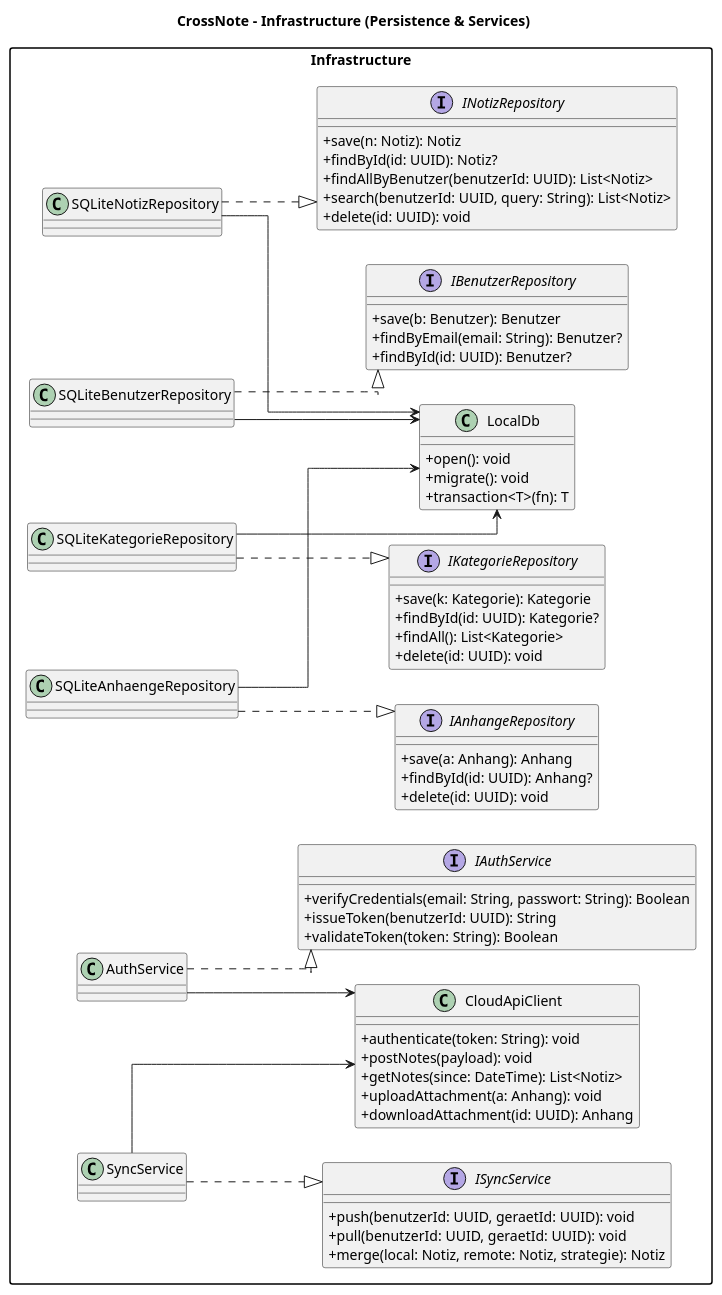
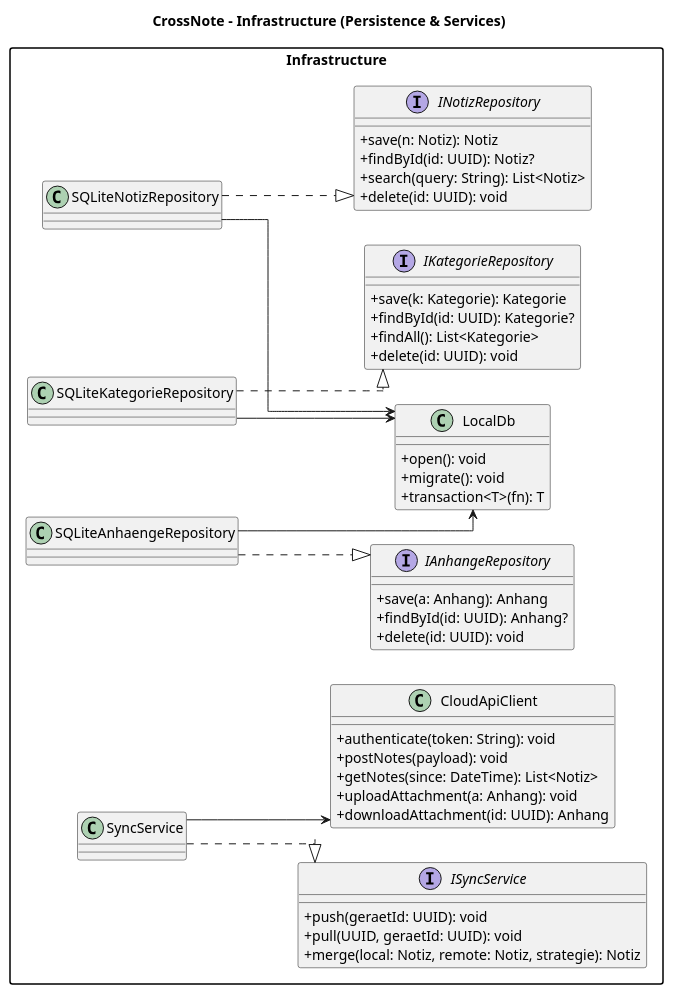
One commit to GamiXLP/CrossNote changed the diagram in documentation/codes/classdiagram_infrastructure.puml. Above: the diagram before and after it, drawn with PlantUML. The commit also changed 3 other files, not shown here.

Commit message:
FInal classdiagrams

```diff
--- a/documentation/codes/classdiagram_infrastructure.puml
+++ b/documentation/codes/classdiagram_infrastructure.puml
@@ -1,89 +1,69 @@
 @startuml
 title CrossNote – Infrastructure (Persistence & Services)
 left to right direction
 skinparam classAttributeIconSize 0
 skinparam shadowing false
 skinparam linetype ortho
 skinparam packageStyle rectangle
 
 package "Infrastructure" {
   interface INotizRepository {
     +save(n: Notiz): Notiz
     +findById(id: UUID): Notiz?
-    +findAllByBenutzer(benutzerId: UUID): List<Notiz>
-    +search(benutzerId: UUID, query: String): List<Notiz>
+    +search(query: String): List<Notiz>
     +delete(id: UUID): void
   }
 
   interface IKategorieRepository {
     +save(k: Kategorie): Kategorie
     +findById(id: UUID): Kategorie?
     +findAll(): List<Kategorie>
     +delete(id: UUID): void
   }
 
-  interface IBenutzerRepository {
-    +save(b: Benutzer): Benutzer
-    +findByEmail(email: String): Benutzer?
-    +findById(id: UUID): Benutzer?
-  }
-
   interface IAnhangeRepository {
     +save(a: Anhang): Anhang
     +findById(id: UUID): Anhang?
     +delete(id: UUID): void
   }
 
-  interface IAuthService {
-    +verifyCredentials(email: String, passwort: String): Boolean
-    +issueToken(benutzerId: UUID): String
-    +validateToken(token: String): Boolean
-  }
-
   interface ISyncService {
-    +push(benutzerId: UUID, geraetId: UUID): void
-    +pull(benutzerId: UUID, geraetId: UUID): void
+    +push(geraetId: UUID): void
+    +pull(UUID, geraetId: UUID): void
     +merge(local: Notiz, remote: Notiz, strategie): Notiz
   }
 
   class SQLiteNotizRepository
-  class SQLiteBenutzerRepository
   class SQLiteKategorieRepository
   class SQLiteAnhaengeRepository
 
   class LocalDb {
     +open(): void
     +migrate(): void
     +transaction<T>(fn): T
   }
 
   class CloudApiClient {
     +authenticate(token: String): void
     +postNotes(payload): void
     +getNotes(since: DateTime): List<Notiz>
     +uploadAttachment(a: Anhang): void
     +downloadAttachment(id: UUID): Anhang
   }
 
-  class AuthService
   class SyncService
 }
 
 ' Bindings
 SQLiteNotizRepository ..|> INotizRepository
-SQLiteBenutzerRepository ..|> IBenutzerRepository
 SQLiteKategorieRepository ..|> IKategorieRepository
 SQLiteAnhaengeRepository ..|> IAnhangeRepository
-AuthService ..|> IAuthService
 SyncService ..|> ISyncService
 
 ' Dependencies
 SQLiteNotizRepository --> LocalDb
-SQLiteBenutzerRepository --> LocalDb
 SQLiteKategorieRepository --> LocalDb
 SQLiteAnhaengeRepository --> LocalDb
 
-AuthService --> CloudApiClient
 SyncService --> CloudApiClient
-
 @enduml
```
